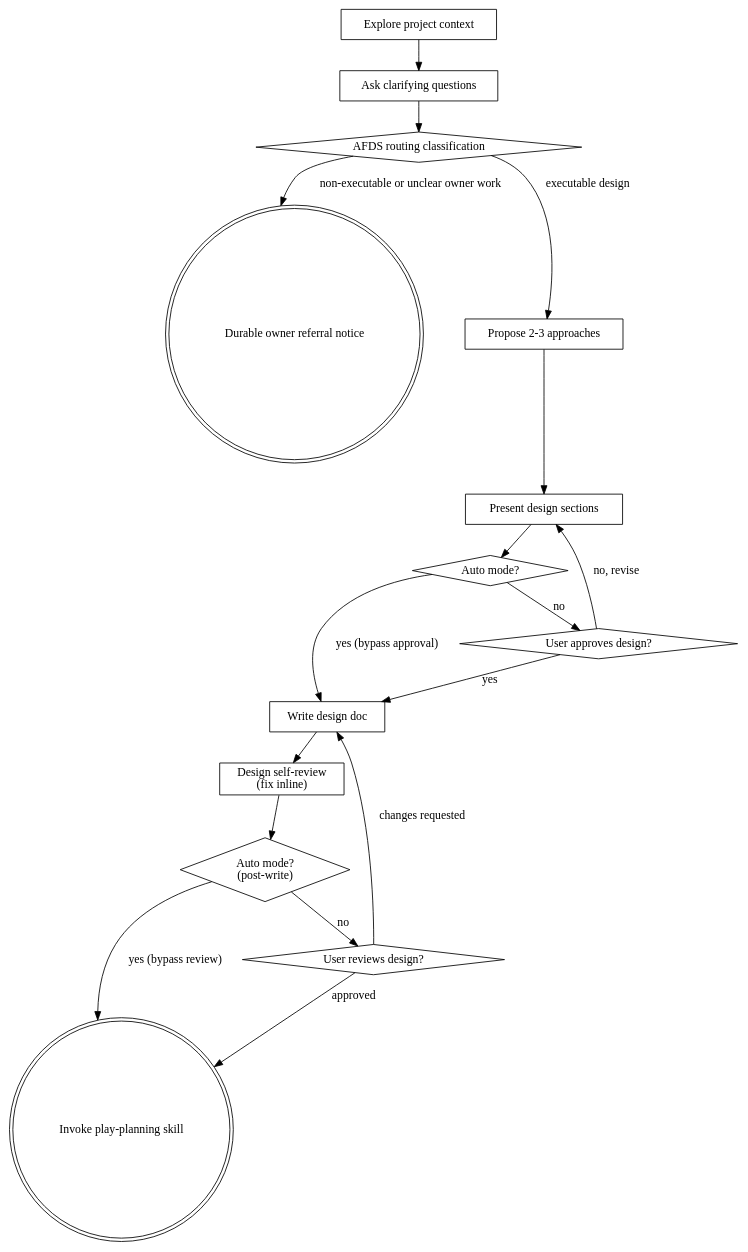
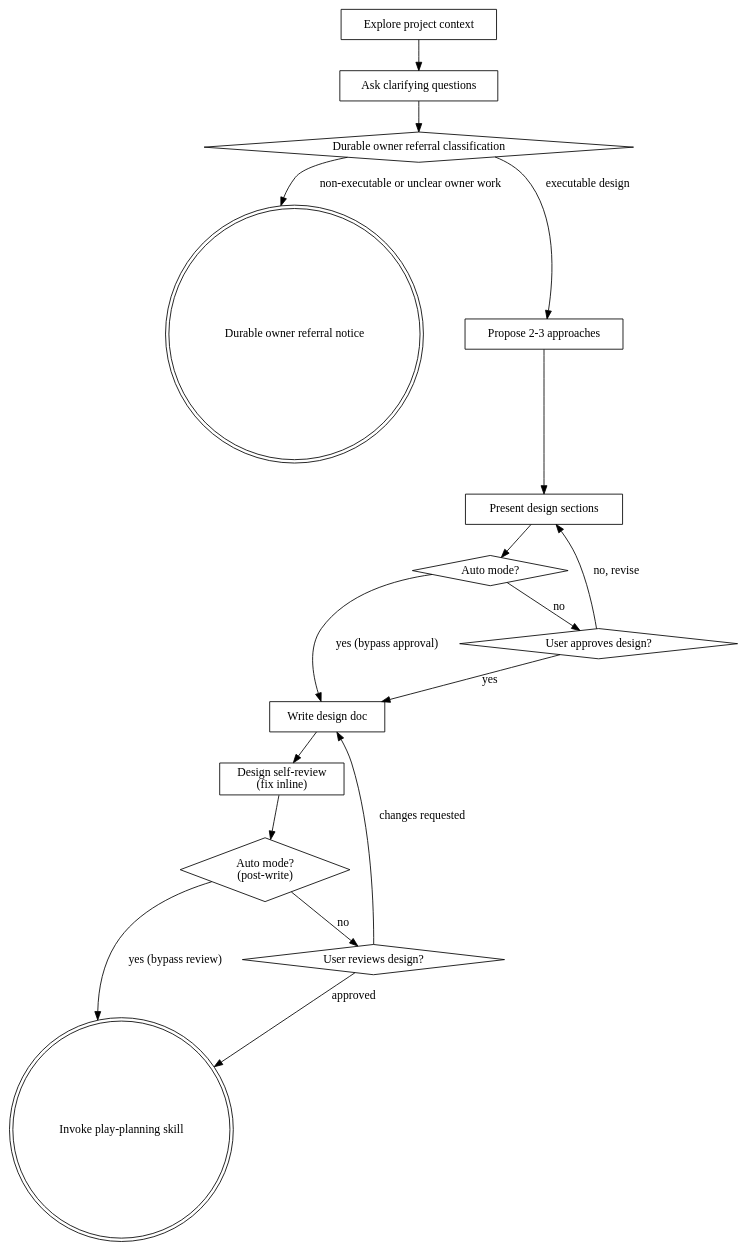
The diagram in skills/play-brainstorm/SKILL.md (ryumiel/devcanon), drawn with Graphviz before and after one commit. The commit also changed other lines of this file, not shown here.

Commit message:
docs(skills): narrow referral classification wording

````diff
--- a/skills/play-brainstorm/SKILL.md
+++ b/skills/play-brainstorm/SKILL.md
@@ -133,34 +133,34 @@
 ```dot
 digraph brainstorming {
     "Explore project context" [shape=box];
-    "AFDS routing classification" [shape=diamond];
+    "Durable owner referral classification" [shape=diamond];
     "Durable owner referral notice" [shape=doublecircle];
     "Ask clarifying questions" [shape=box];
     "Propose 2-3 approaches" [shape=box];
     "Present design sections" [shape=box];
     "Auto mode?" [shape=diamond];
     "User approves design?" [shape=diamond];
     "Write design doc" [shape=box];
     "Design self-review\n(fix inline)" [shape=box];
     "Auto mode?\n(post-write)" [shape=diamond];
     "User reviews design?" [shape=diamond];
     "Invoke play-planning skill" [shape=doublecircle];
 
     "Explore project context" -> "Ask clarifying questions";
-    "Ask clarifying questions" -> "AFDS routing classification";
-    "AFDS routing classification" -> "Durable owner referral notice" [label="non-executable or unclear owner work"];
-    "AFDS routing classification" -> "Propose 2-3 approaches" [label="executable design"];
+    "Ask clarifying questions" -> "Durable owner referral classification";
+    "Durable owner referral classification" -> "Durable owner referral notice" [label="non-executable or unclear owner work"];
+    "Durable owner referral classification" -> "Propose 2-3 approaches" [label="executable design"];
     "Propose 2-3 approaches" -> "Present design sections";
     "Present design sections" -> "Auto mode?";
     "Auto mode?" -> "Write design doc" [label="yes (bypass approval)"];
     "Auto mode?" -> "User approves design?" [label="no"];
     "User approves design?" -> "Present design sections" [label="no, revise"];
     "User approves design?" -> "Write design doc" [label="yes"];
     "Write design doc" -> "Design self-review\n(fix inline)";
     "Design self-review\n(fix inline)" -> "Auto mode?\n(post-write)";
     "Auto mode?\n(post-write)" -> "Invoke play-planning skill" [label="yes (bypass review)"];
     "Auto mode?\n(post-write)" -> "User reviews design?" [label="no"];
     "User reviews design?" -> "Write design doc" [label="changes requested"];
     "User reviews design?" -> "Invoke play-planning skill" [label="approved"];
 }
 ```
````
